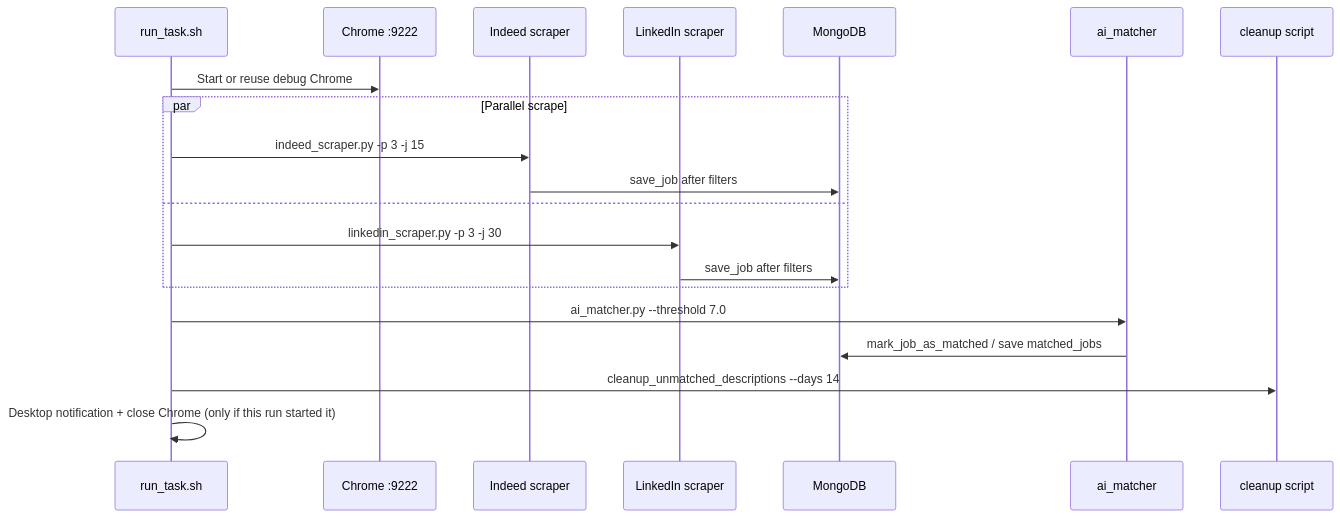
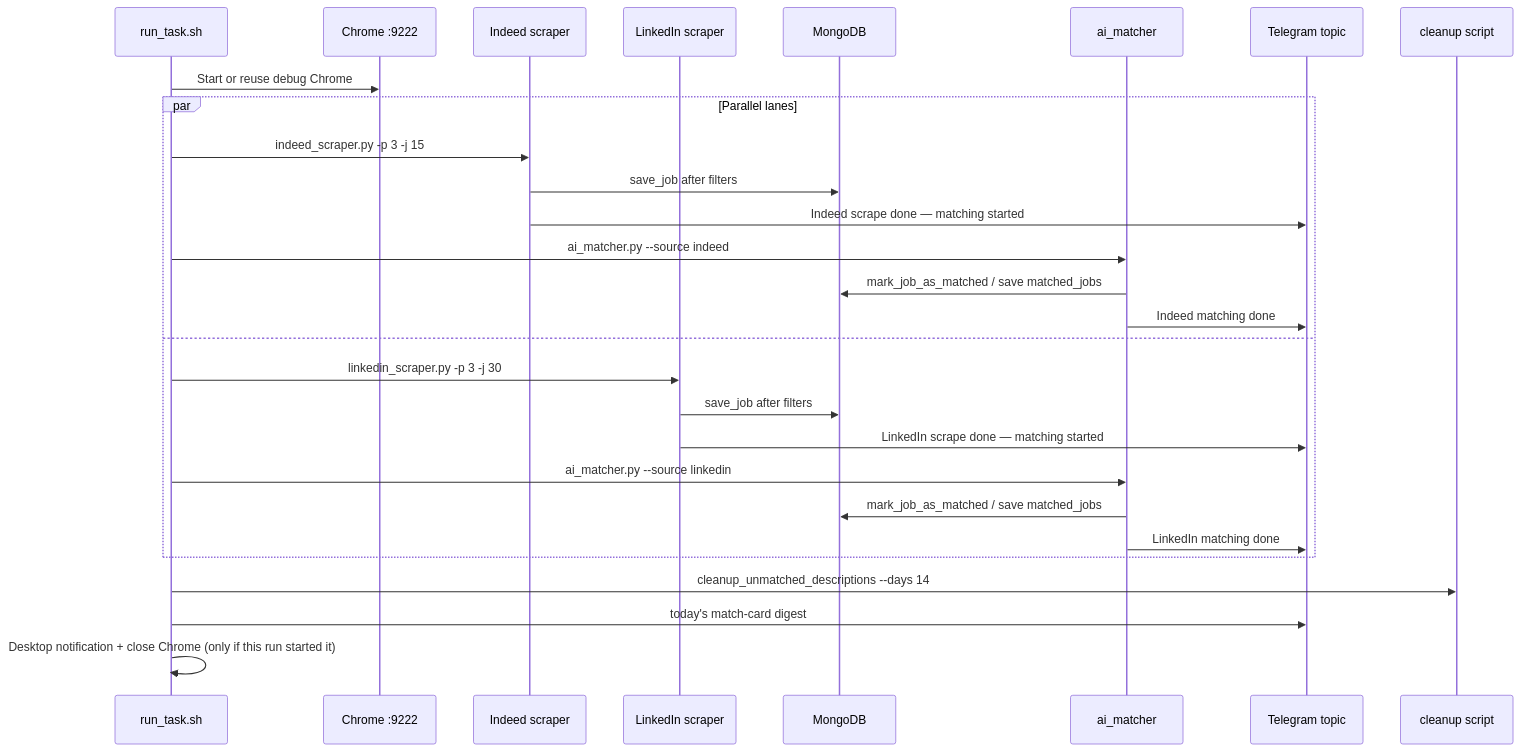
The second of 5 diagrams in docs/architecture.md (CarrieNong/job_scraper), drawn with Mermaid before and after one commit. The commit also changed other lines of this file and 6 other files, not shown here.

First line of the commit message:
feat: send Telegram updates to the Job Assistance topic and match each source as it finishes

````diff
--- a/docs/architecture.md
+++ b/docs/architecture.md
@@ -134,23 +138,31 @@
 ```mermaid
 sequenceDiagram
     participant S as run_task.sh
     participant C as Chrome :9222
     participant I as Indeed scraper
     participant L as LinkedIn scraper
     participant DB as MongoDB
     participant AI as ai_matcher
+    participant TG as Telegram topic
     participant CL as cleanup script
 
     S->>C: Start or reuse debug Chrome
-    par Parallel scrape
+    par Parallel lanes
         S->>I: indeed_scraper.py -p 3 -j 15
         I->>DB: save_job after filters
+        I->>TG: Indeed scrape done — matching started
+        S->>AI: ai_matcher.py --source indeed
+        AI->>DB: mark_job_as_matched / save matched_jobs
+        AI->>TG: Indeed matching done
     and
         S->>L: linkedin_scraper.py -p 3 -j 30
         L->>DB: save_job after filters
+        L->>TG: LinkedIn scrape done — matching started
+        S->>AI: ai_matcher.py --source linkedin
+        AI->>DB: mark_job_as_matched / save matched_jobs
+        AI->>TG: LinkedIn matching done
     end
-    S->>AI: ai_matcher.py --threshold 7.0
-    AI->>DB: mark_job_as_matched / save matched_jobs
     S->>CL: cleanup_unmatched_descriptions --days 14
+    S->>TG: today's match-card digest
     S->>S: Desktop notification + close Chrome (only if this run started it)
 ```
````
